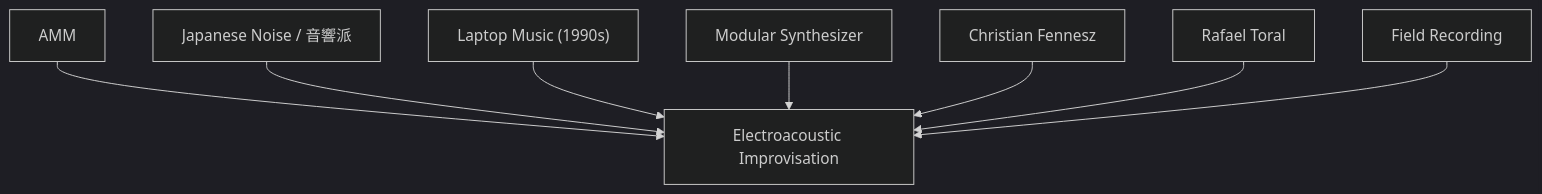
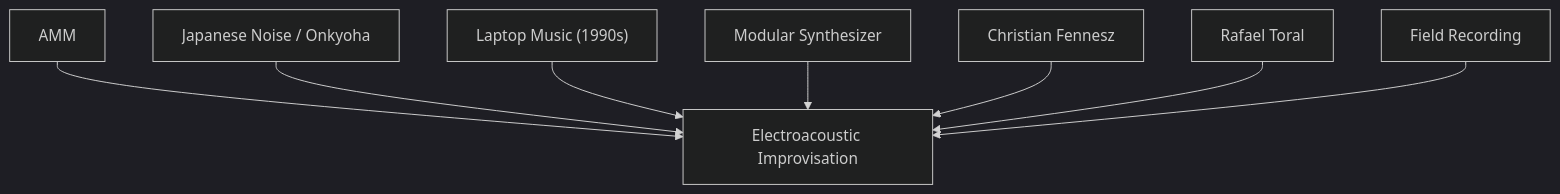
The second of 2 diagrams in en/_posts/2025-12-07-column-electroacoustic-improvisation.md (monumental-movement/monumental-movement.github.io), drawn with Mermaid (dark theme) before and after one commit. The commit also changed other lines of this file and 423 other files, not shown here.

```diff
--- a/en/_posts/2025-12-07-column-electroacoustic-improvisation.md
+++ b/en/_posts/2025-12-07-column-electroacoustic-improvisation.md
@@ -198,11 +198,11 @@
 <div class="mermaid">
 flowchart TD
     EAI["Electroacoustic Improvisation"]
     AMM --> EAI
-    Noise_Japan["Japanese Noise / 音響派"] --> EAI
+    Noise_Japan["Japanese Noise / Onkyoha"] --> EAI
     Laptop_Music["Laptop Music (1990s)"] --> EAI
     Modular["Modular Synthesizer"] --> EAI
     Fennesz["Christian Fennesz"] --> EAI
     Toral["Rafael Toral"] --> EAI
     FieldRec["Field Recording"] --> EAI
 </div>
```
